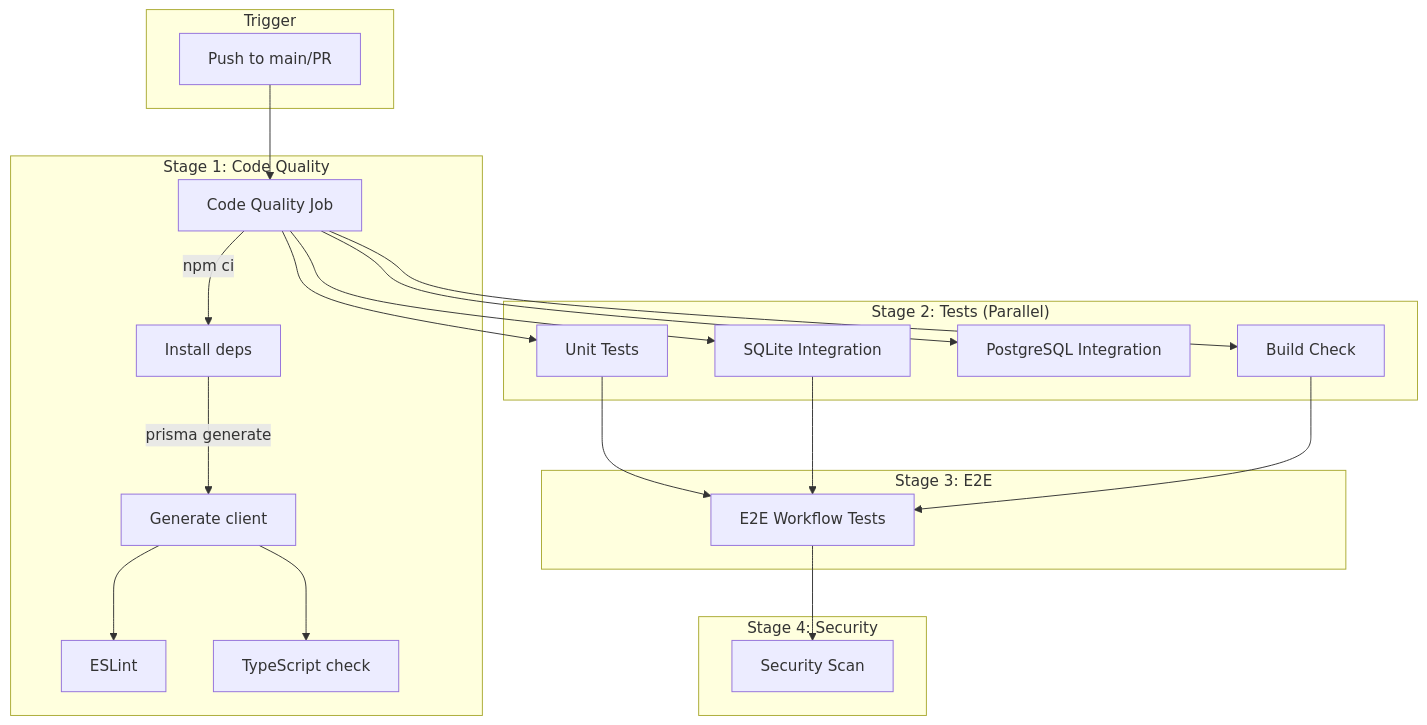
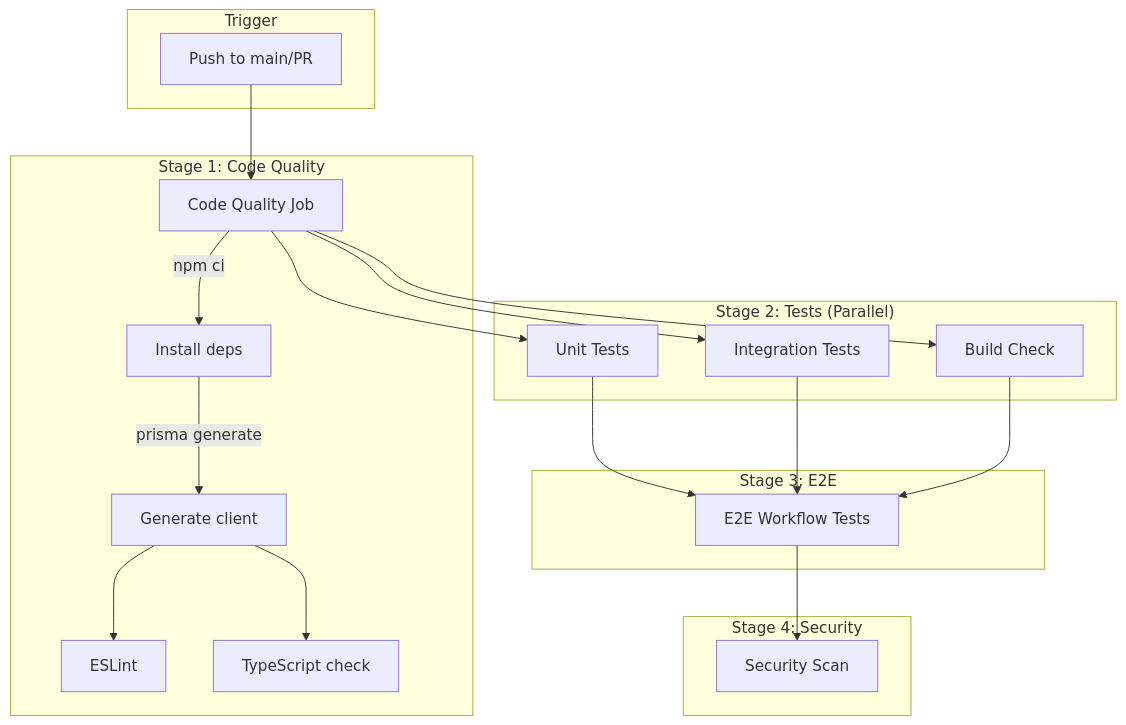
Before and after one commit to pavan-kvsn1/hta_calibrates: diagram 36 of 39 in docs/technical-guide/00-overview/01-system-flows.md, drawn with Mermaid. The commit also changed other lines of this file and 6 other files, not shown here.

First line of the commit message:
docs: complete PostgreSQL-only migration for all documentation

````diff
--- a/docs/technical-guide/00-overview/01-system-flows.md
+++ b/docs/technical-guide/00-overview/01-system-flows.md
@@ -2161,39 +2157,37 @@
 ```mermaid
 flowchart TB
     subgraph Trigger
         Push[Push to main/PR]
     end
 
     subgraph "Stage 1: Code Quality"
         CQ[Code Quality Job]
         CQ --> |npm ci| Install1[Install deps]
         Install1 --> |prisma generate| Gen1[Generate client]
         Gen1 --> Lint[ESLint]
         Gen1 --> TypeCheck[TypeScript check]
     end
 
     subgraph "Stage 2: Tests (Parallel)"
         UT[Unit Tests]
-        SI[SQLite Integration]
-        PI[PostgreSQL Integration]
+        INT[Integration Tests]
         BD[Build Check]
     end
 
     subgraph "Stage 3: E2E"
         E2E[E2E Workflow Tests]
     end
 
     subgraph "Stage 4: Security"
         SEC[Security Scan]
     end
 
     Push --> CQ
     CQ --> UT
-    CQ --> SI
-    CQ --> PI
+    CQ --> INT
     CQ --> BD
     UT --> E2E
-    SI --> E2E
+    INT --> E2E
     BD --> E2E
     E2E --> SEC
 ```
````
